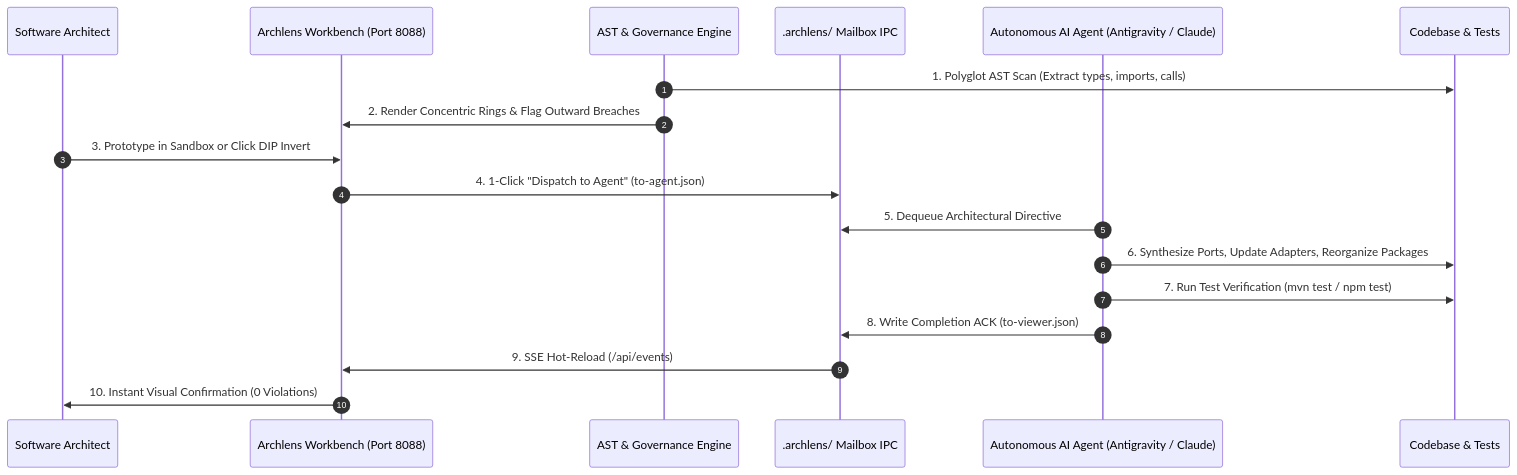
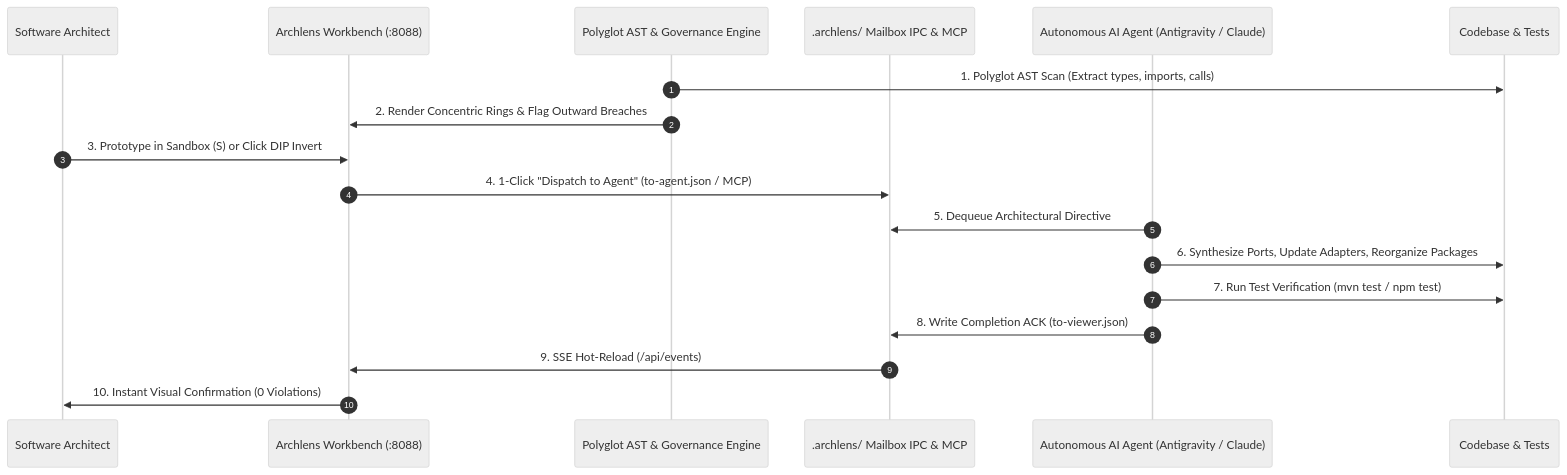
Before and after one commit to fmatar/archlens: the first of 2 diagrams in README.md, drawn with Mermaid. The commit also changed other lines of this file and 20 other files, not shown here.

````diff
--- a/README.md
+++ b/README.md
@@ -30,21 +116,22 @@
 ```mermaid
+%%{init: {'theme': 'neutral'}}%%
 sequenceDiagram
     autonumber
     participant Architect as Software Architect
-    participant Workbench as Archlens Workbench (Port 8088)
-    participant Core as AST & Governance Engine
-    participant Mailbox as .archlens/ Mailbox IPC
+    participant Workbench as Archlens Workbench (:8088)
+    participant Core as Polyglot AST & Governance Engine
+    participant Mailbox as .archlens/ Mailbox IPC & MCP
     participant Agent as Autonomous AI Agent (Antigravity / Claude)
     participant Code as Codebase & Tests
 
     Core->>Code: 1. Polyglot AST Scan (Extract types, imports, calls)
     Core->>Workbench: 2. Render Concentric Rings & Flag Outward Breaches
-    Architect->>Workbench: 3. Prototype in Sandbox or Click DIP Invert
-    Workbench->>Mailbox: 4. 1-Click "Dispatch to Agent" (to-agent.json)
+    Architect->>Workbench: 3. Prototype in Sandbox (S) or Click DIP Invert
+    Workbench->>Mailbox: 4. 1-Click "Dispatch to Agent" (to-agent.json / MCP)
     Agent->>Mailbox: 5. Dequeue Architectural Directive
     Agent->>Code: 6. Synthesize Ports, Update Adapters, Reorganize Packages
     Agent->>Code: 7. Run Test Verification (mvn test / npm test)
     Agent->>Mailbox: 8. Write Completion ACK (to-viewer.json)
     Mailbox->>Workbench: 9. SSE Hot-Reload (/api/events)
     Workbench->>Architect: 10. Instant Visual Confirmation (0 Violations)
 ```
````
